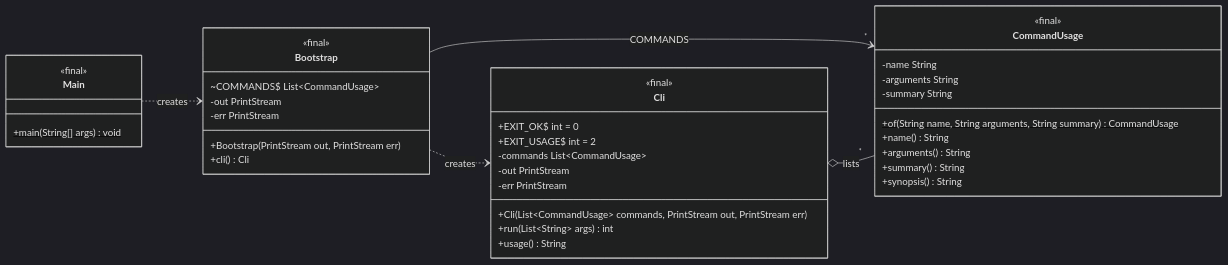
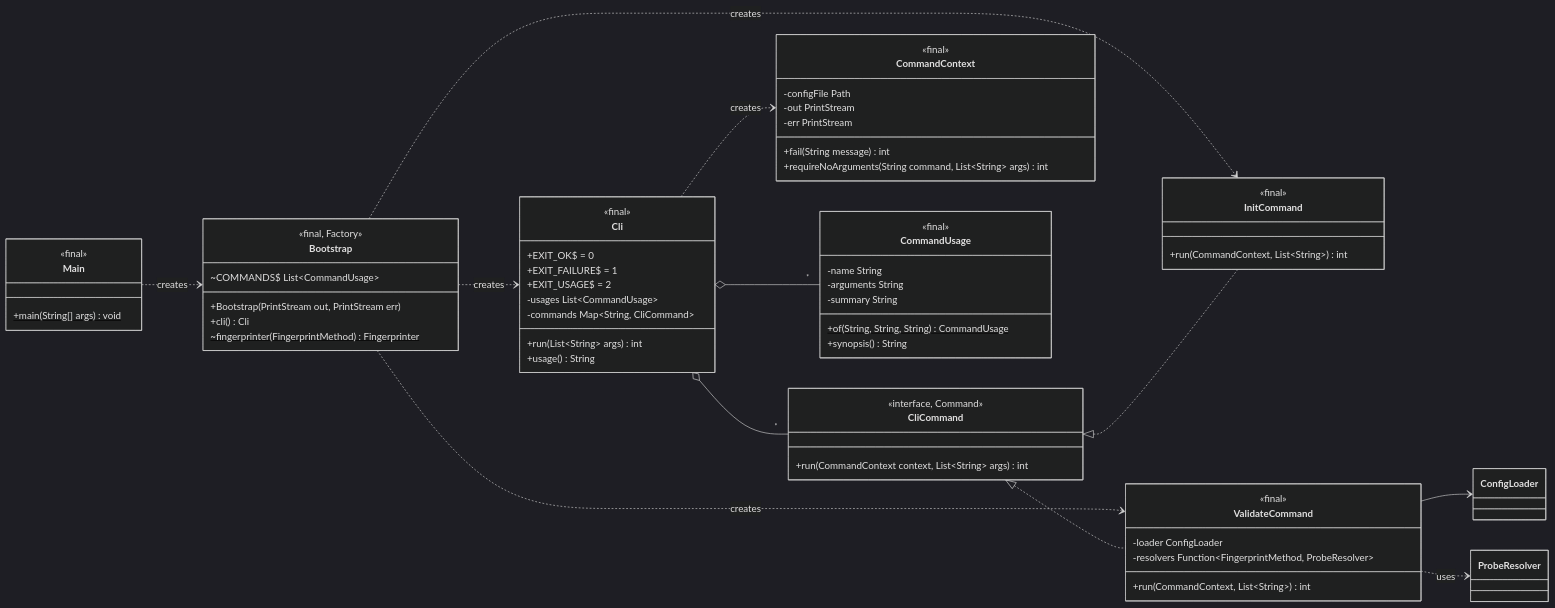
One commit to ritikmahy5/draftwatch changed the first of 4 diagrams in docs/uml/class-diagram.md. Above: the diagram before and after it, drawn with Mermaid (dark theme). The commit also changed other lines of this file and 1 other file, not shown here.

Commit message:
docs: update class diagram and pattern table for M1

````diff
--- a/docs/uml/class-diagram.md
+++ b/docs/uml/class-diagram.md
@@ -8,47 +12,68 @@
 ```mermaid
 classDiagram
   direction LR
 
   class Main {
     <<final>>
     +main(String[] args)$ void
   }
-
   class Bootstrap {
-    <<final>>
+    <<final, Factory>>
     ~COMMANDS$ List~CommandUsage~
-    -out PrintStream
-    -err PrintStream
     +Bootstrap(PrintStream out, PrintStream err)
     +cli() Cli
+    ~fingerprinter(FingerprintMethod)$ Fingerprinter
   }
-
   class Cli {
     <<final>>
-    +EXIT_OK$ int = 0
-    +EXIT_USAGE$ int = 2
-    -commands List~CommandUsage~
-    -out PrintStream
-    -err PrintStream
-    +Cli(List~CommandUsage~ commands, PrintStream out, PrintStream err)
+    +EXIT_OK$ = 0
+    +EXIT_FAILURE$ = 1
+    +EXIT_USAGE$ = 2
+    -usages List~CommandUsage~
+    -commands Map~String, CliCommand~
     +run(List~String~ args) int
     +usage() String
   }
-
+  class CliCommand {
+    <<interface, Command>>
+    +run(CommandContext context, List~String~ args) int
+  }
+  class CommandContext {
+    <<final>>
+    -configFile Path
+    -out PrintStream
+    -err PrintStream
+    +fail(String message) int
+    +requireNoArguments(String command, List~String~ args) int
+  }
   class CommandUsage {
     <<final>>
     -name String
     -arguments String
     -summary String
-    +of(String name, String arguments, String summary)$ CommandUsage
-    +name() String
-    +arguments() String
-    +summary() String
+    +of(String, String, String)$ CommandUsage
     +synopsis() String
+  }
+  class InitCommand {
+    <<final>>
+    +run(CommandContext, List~String~) int
+  }
+  class ValidateCommand {
+    <<final>>
+    -loader ConfigLoader
+    -resolvers Function~FingerprintMethod, ProbeResolver~
+    +run(CommandContext, List~String~) int
   }
 
   Main ..> Bootstrap : creates
   Bootstrap ..> Cli : creates
-  Bootstrap --> "*" CommandUsage : COMMANDS
-  Cli o-- "*" CommandUsage : lists
+  Bootstrap ..> InitCommand : creates
+  Bootstrap ..> ValidateCommand : creates
+  Cli o-- "*" CommandUsage
+  Cli o-- "*" CliCommand
+  Cli ..> CommandContext : creates
+  CliCommand <|.. InitCommand
+  CliCommand <|.. ValidateCommand
+  ValidateCommand --> ConfigLoader
+  ValidateCommand ..> ProbeResolver : uses
 ```
````
